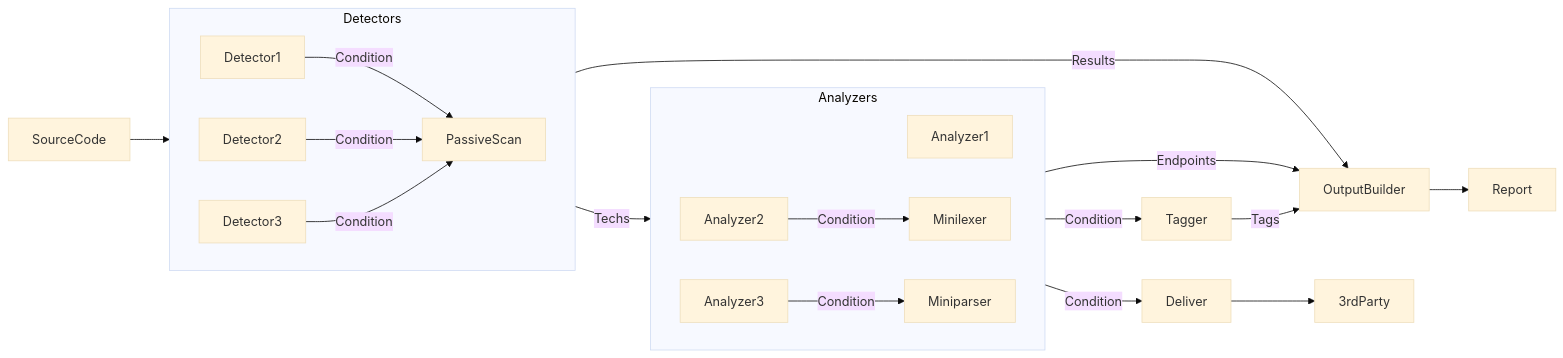
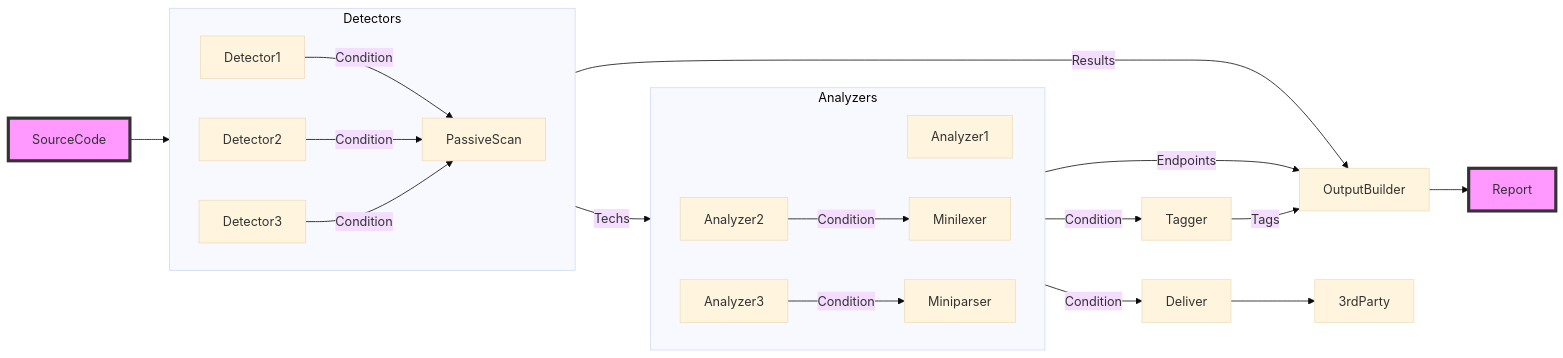
One commit to owasp-noir/noir changed the diagram in docs/index.md. Above: the diagram before and after it, drawn with Mermaid (base theme).

Commit message:
Refactor code to highlight the SourceCode and Report components in the flowchart

````diff
--- a/docs/index.md
+++ b/docs/index.md
@@ -37,27 +37,29 @@
 ```mermaid
 flowchart LR
-    SourceCode --> Detectors
+    SourceCode:::highlight --> Detectors
 
     subgraph Detectors
         direction LR
         Detector1 & Detector2 & Detector3 --> |Condition| PassiveScan
     end
 
     PassiveScan --> |Results| OutputBuilder
 
     Detectors --> |Techs| Analyzers
 
     subgraph Analyzers
         direction LR
         Analyzer1 & Analyzer2 & Analyzer3
         Analyzer2 --> |Condition| Minilexer
         Analyzer3 --> |Condition| Miniparser
     end
 
     Analyzers --> |Condition| Deliver
     Analyzers --> |Condition| Tagger
     Deliver --> 3rdParty
     Tagger --> |Tags| OutputBuilder
     Analyzers --> |Endpoints| OutputBuilder
-    OutputBuilder --> Report
+    OutputBuilder --> Report:::highlight
+
+    classDef highlight fill:#f9f,stroke:#333,stroke-width:4px;
 ```
````
